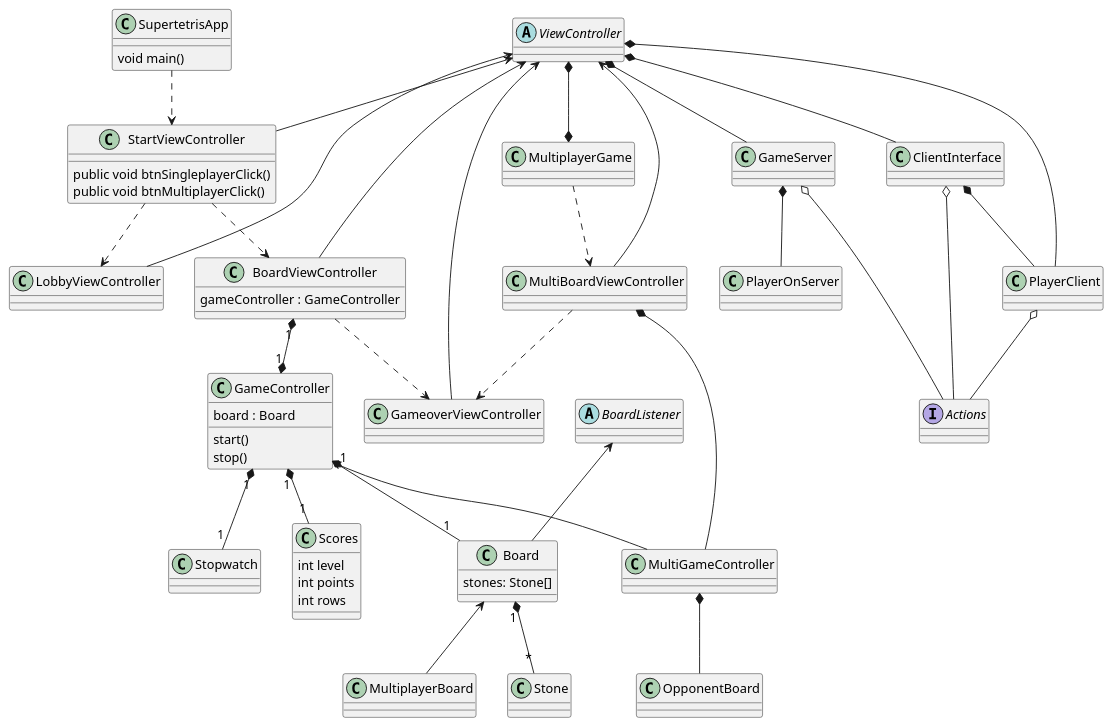
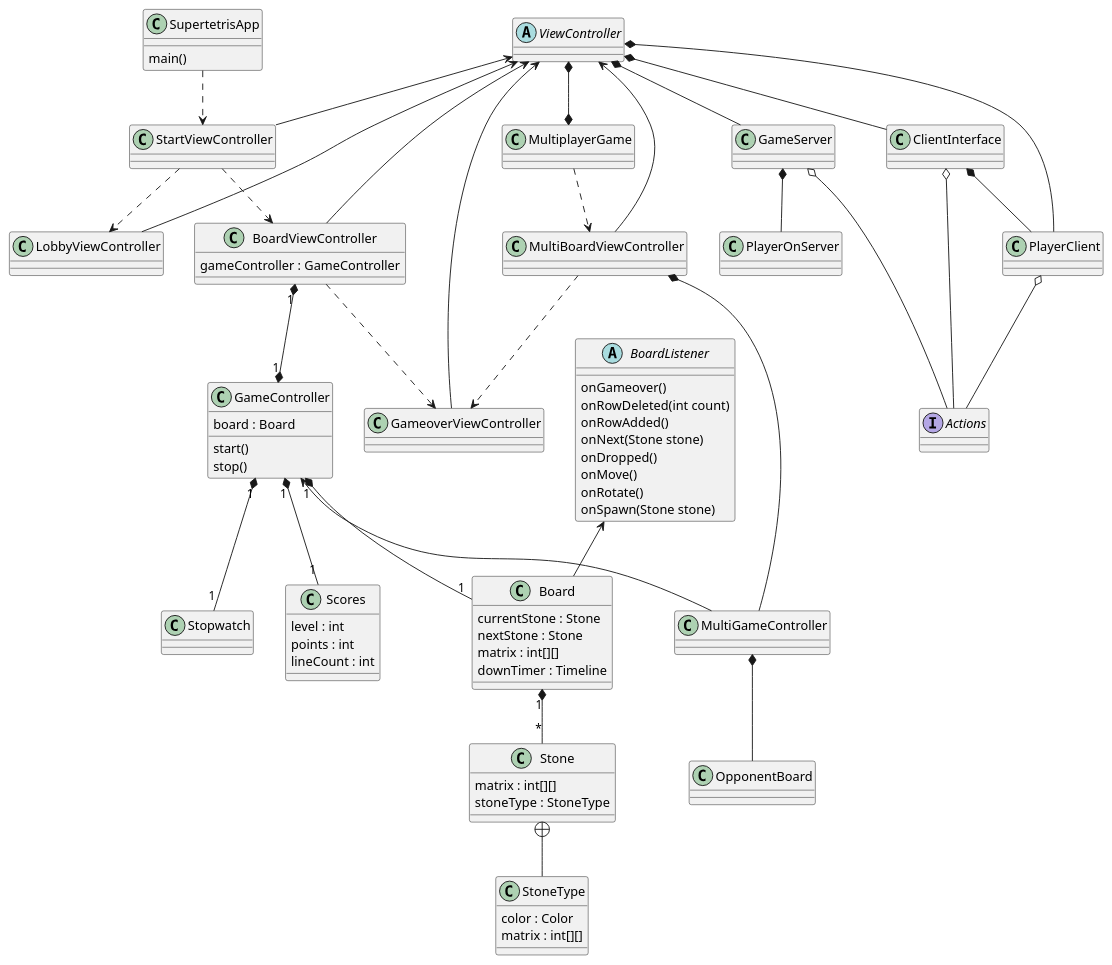
The diagram in doc/Klassendiagramm.puml (ponchofiesta/supertetris), drawn with PlantUML before and after one commit.

Commit message:
UML update 2

```diff
--- a/doc/Klassendiagramm.puml
+++ b/doc/Klassendiagramm.puml
@@ -1,89 +1,106 @@
 @startuml
 skinparam classAttributeIconSize 0
 
 SupertetrisApp ..> StartViewController
 StartViewController ..> BoardViewController
 StartViewController ..> LobbyViewController
 BoardViewController "1" *--* "1" GameController
 GameController "1" *-- "1" Board
 GameController "1" *-- "1" Stopwatch
 GameController "1" *-- "1" Scores
 BoardListener <-- Board
 Board "1" *-- "*" Stone
 GameController <-- MultiGameController
-Board <-- MultiplayerBoard
 BoardViewController ..> GameoverViewController
 MultiBoardViewController ..> GameoverViewController
 MultiBoardViewController *-- MultiGameController
 MultiGameController *-- OpponentBoard
 MultiplayerGame ..> MultiBoardViewController
 
 ViewController <-- StartViewController
 ViewController <-- BoardViewController
 ViewController <-- MultiBoardViewController
 ViewController <-- LobbyViewController
 ViewController <-- GameoverViewController
 
 ViewController *-- GameServer
 ViewController *-- PlayerClient
 ViewController *-- ClientInterface
 ViewController *--* MultiplayerGame
 
 ClientInterface *-- PlayerClient
 ClientInterface o-- Actions
 GameServer o-- Actions
 PlayerClient o-- Actions
 
 GameServer *-- PlayerOnServer
 
+Stone +-- StoneType
+
 class SupertetrisApp {
-    void main()
+    main()
 }
 
 abstract class ViewController {
 }
 
 abstract class BoardListener {
+    onGameover()
+    onRowDeleted(int count)
+    onRowAdded()
+    onNext(Stone stone)
+    onDropped()
+    onMove()
+    onRotate()
+    onSpawn(Stone stone)
 }
 
 class StartViewController {
-    public void btnSingleplayerClick()
-    public void btnMultiplayerClick()
 }
 
 class BoardViewController {
     gameController : GameController
 }
 
 class MultiBoardViewController {
 }
 
 class GameController {
     board : Board
     start()
     stop()
 }
 
 class OpponentBoard {
 }
 
 class ClientInterface {
 }
 
 interface Actions {
 }
 
 class Board {
-    stones: Stone[]
+    currentStone : Stone
+    nextStone : Stone
+    matrix : int[][]
+    downTimer : Timeline
 }
 
 class Stone {
+    matrix : int[][]
+    stoneType : StoneType
+}
+
+class StoneType {
+    color : Color
+    matrix : int[][]
 }
 
 class Scores {
-    int level
-    int points
-    int rows
+    level : int
+    points : int
+    lineCount : int
 }
 
 @enduml
```
